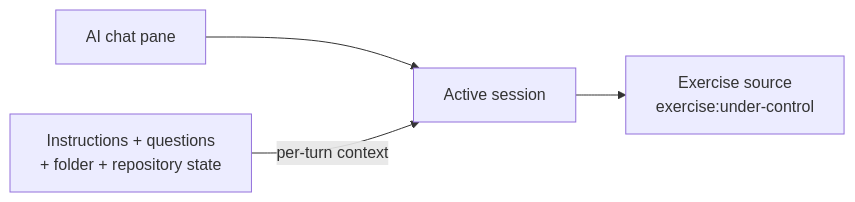
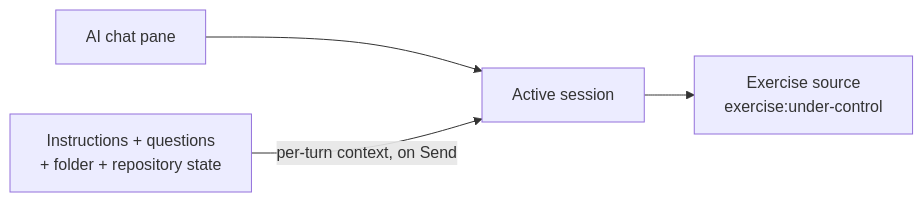
The second of 3 diagrams in docs/architecture/ai-chat-sources.md (git-mastery/git-mastery-desktop), drawn with Mermaid before and after one commit. The commit also changed other lines of this file and 11 other files, not shown here.

````diff
--- a/docs/architecture/ai-chat-sources.md
+++ b/docs/architecture/ai-chat-sources.md
@@ -28,6 +28,6 @@
 ```mermaid
 flowchart LR
     P["AI chat pane"] --> S["Active session"]
     S --> E["Exercise source<br/>exercise:under-control"]
-    EC["Instructions + questions<br/>+ folder + repository state"] -->|per-turn context| S
+    EC["Instructions + questions<br/>+ folder + repository state"] -->|per-turn context, on Send| S
 ```
````
